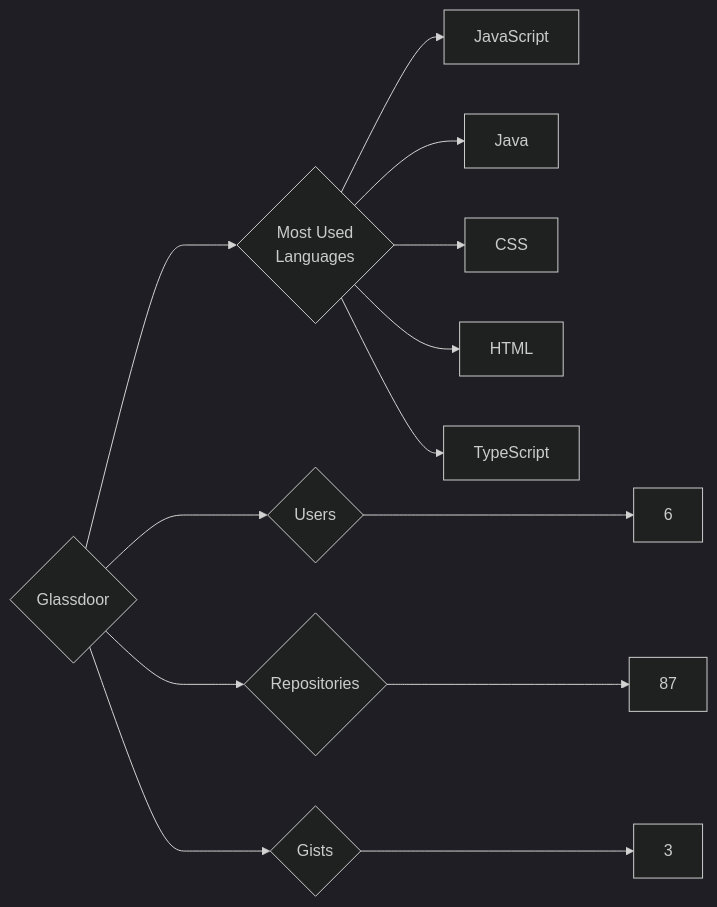
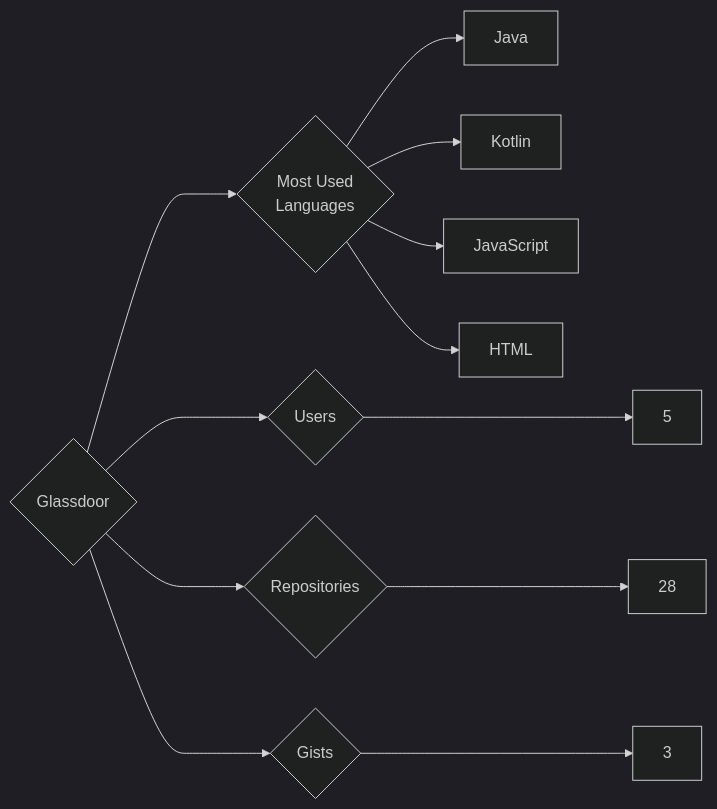
The diagram in targets/Glassdoor/README.md (trickest/insiders), drawn with Mermaid (dark theme) before and after one commit. The commit also changed 1055 other files, not shown here.

````diff
--- a/targets/Glassdoor/README.md
+++ b/targets/Glassdoor/README.md
@@ -3,13 +3,12 @@
 ```mermaid
 graph LR
 COMPANY_NAME{Glassdoor}
-COMPANY_NAME ---> U{Users} ---> UN[6]
-COMPANY_NAME ---> R{Repositories} ---> RN[87]
+COMPANY_NAME ---> U{Users} ---> UN[5]
+COMPANY_NAME ---> R{Repositories} ---> RN[28]
 COMPANY_NAME ---> G{Gists} ---> GN[3]
 COMPANY_NAME ---> ML{Most Used<br>Languages}
+ML --> Java[Java]
+ML --> Kotlin[Kotlin]
 ML --> JavaScript[JavaScript]
-ML --> Java[Java]
-ML --> CSS[CSS]
 ML --> HTML[HTML]
-ML --> TypeScript[TypeScript]
 ```
````
